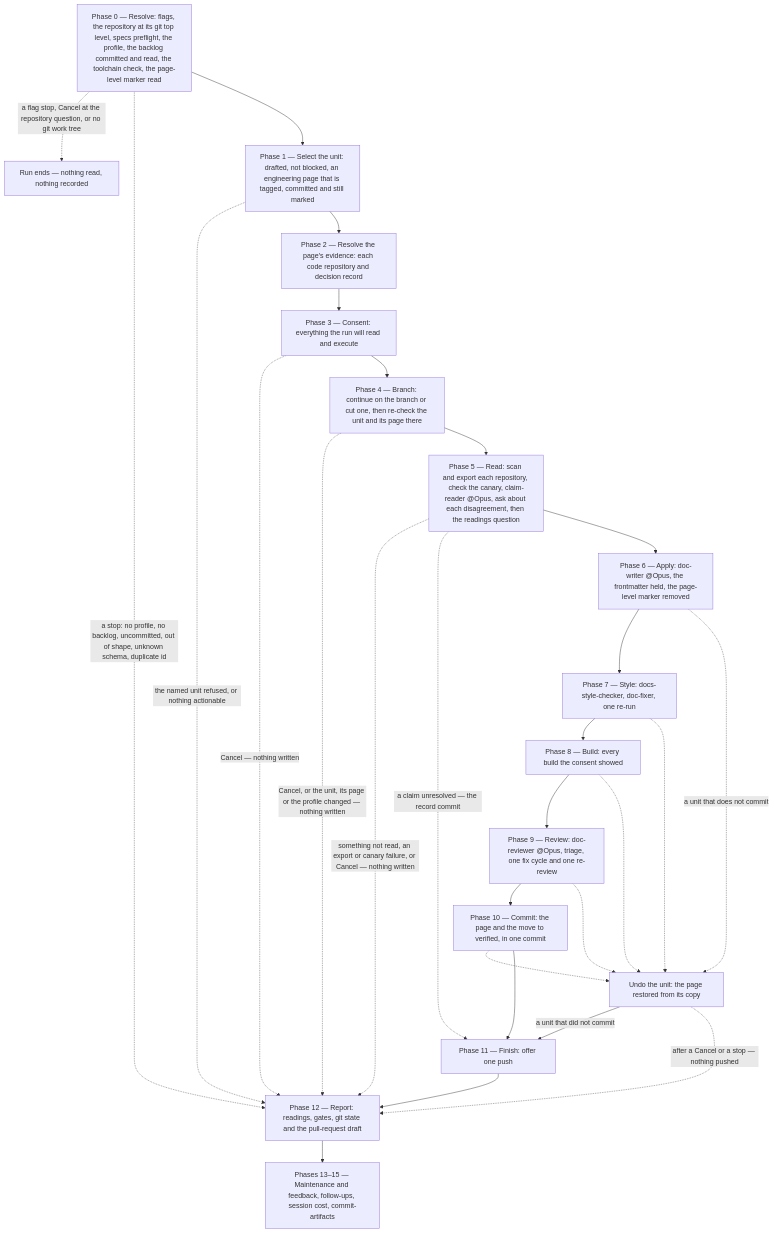
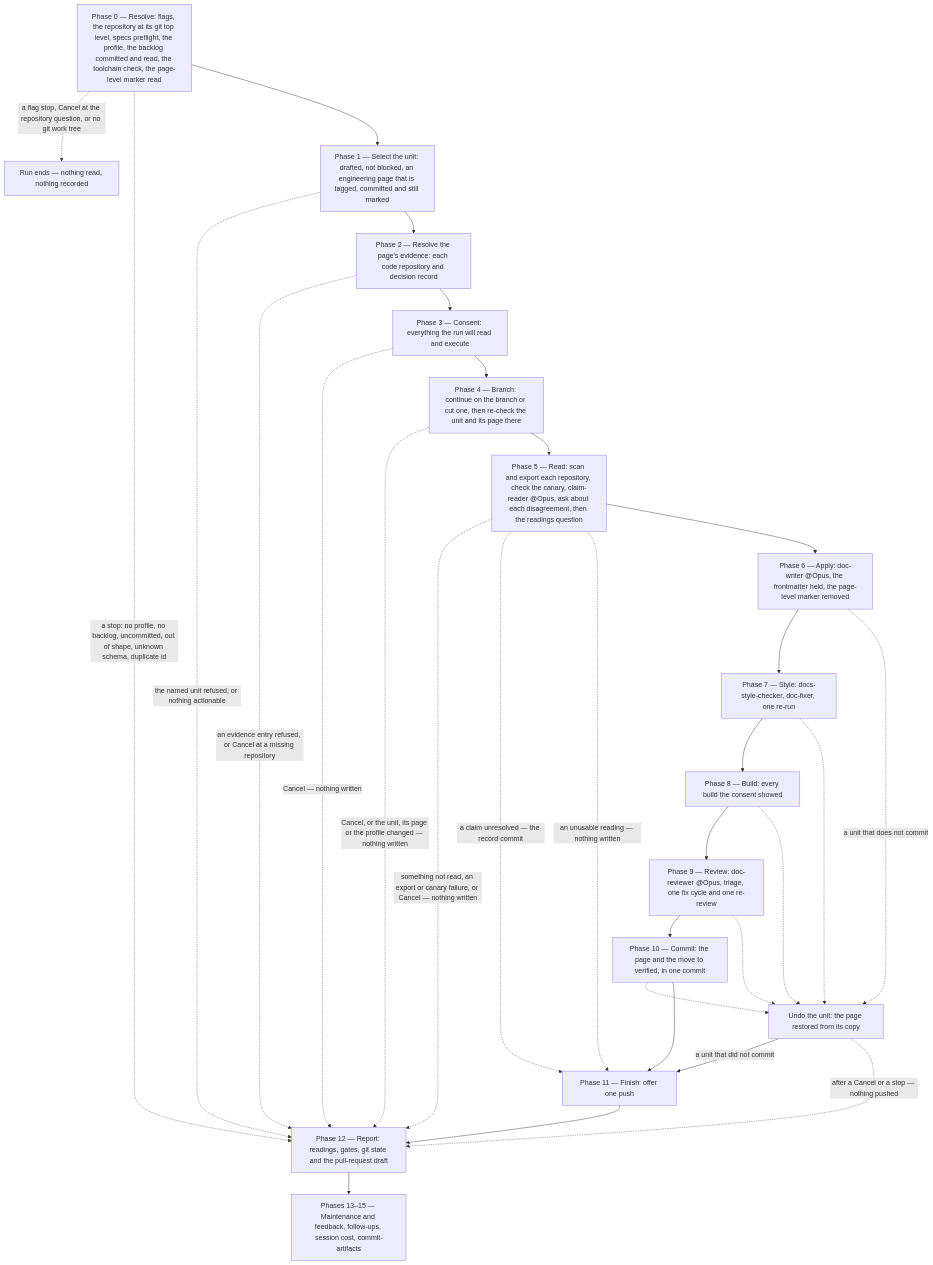
The diagram in plugins/docs-workflows/docs/commands/docs-verify.md (ihudak/ai-workflows), drawn with Mermaid before and after one commit. The commit also changed other lines of this file and 5 other files, not shown here.

````diff
--- a/plugins/docs-workflows/docs/commands/docs-verify.md
+++ b/plugins/docs-workflows/docs/commands/docs-verify.md
@@ -44,31 +44,33 @@
 ```mermaid
 flowchart TD
     p0["Phase 0 — Resolve: flags, the repository at its git top level, specs preflight, the profile, the backlog committed and read, the toolchain check, the page-level marker read"]
     p0 -.->|"a flag stop, Cancel at the repository question, or no git work tree"| runend["Run ends — nothing read, nothing recorded"]
     p0 -.->|"a stop: no profile, no backlog, uncommitted, out of shape, unknown schema, duplicate id"| p12
     p0 --> p1["Phase 1 — Select the unit: drafted, not blocked, an engineering page that is tagged, committed and still marked"]
     p1 -.->|"the named unit refused, or nothing actionable"| p12
     p1 --> p2["Phase 2 — Resolve the page's evidence: each code repository and decision record"]
+    p2 -.->|"an evidence entry refused, or Cancel at a missing repository"| p12
     p2 --> p3["Phase 3 — Consent: everything the run will read and execute"]
     p3 -.->|"Cancel — nothing written"| p12
     p3 --> p4["Phase 4 — Branch: continue on the branch or cut one, then re-check the unit and its page there"]
     p4 -.->|"Cancel, or the unit, its page or the profile changed — nothing written"| p12
     p4 --> p5["Phase 5 — Read: scan and export each repository, check the canary, claim-reader @Opus, ask about each disagreement, then the readings question"]
     p5 -.->|"something not read, an export or canary failure, or Cancel — nothing written"| p12
     p5 -.->|"a claim unresolved — the record commit"| p11
+    p5 -.->|"an unusable reading — nothing written"| p11
     p5 --> p6["Phase 6 — Apply: doc-writer @Opus, the frontmatter held, the page-level marker removed"]
     p6 --> p7["Phase 7 — Style: docs-style-checker, doc-fixer, one re-run"]
     p7 --> p8["Phase 8 — Build: every build the consent showed"]
     p8 --> p9["Phase 9 — Review: doc-reviewer @Opus, triage, one fix cycle and one re-review"]
     p9 --> p10["Phase 10 — Commit: the page and the move to verified, in one commit"]
     p6 -.->|"a unit that does not commit"| undo["Undo the unit: the page restored from its copy"]
     p7 -.-> undo
     p8 -.-> undo
     p9 -.-> undo
     p10 -.-> undo
     undo -->|"a unit that did not commit"| p11
     undo -.->|"after a Cancel or a stop — nothing pushed"| p12
     p10 --> p11["Phase 11 — Finish: offer one push"]
     p11 --> p12["Phase 12 — Report: readings, gates, git state and the pull-request draft"]
     p12 --> tail["Phases 13–15 — Maintenance and feedback, follow-ups, session cost, commit-artifacts"]
 ```
````
